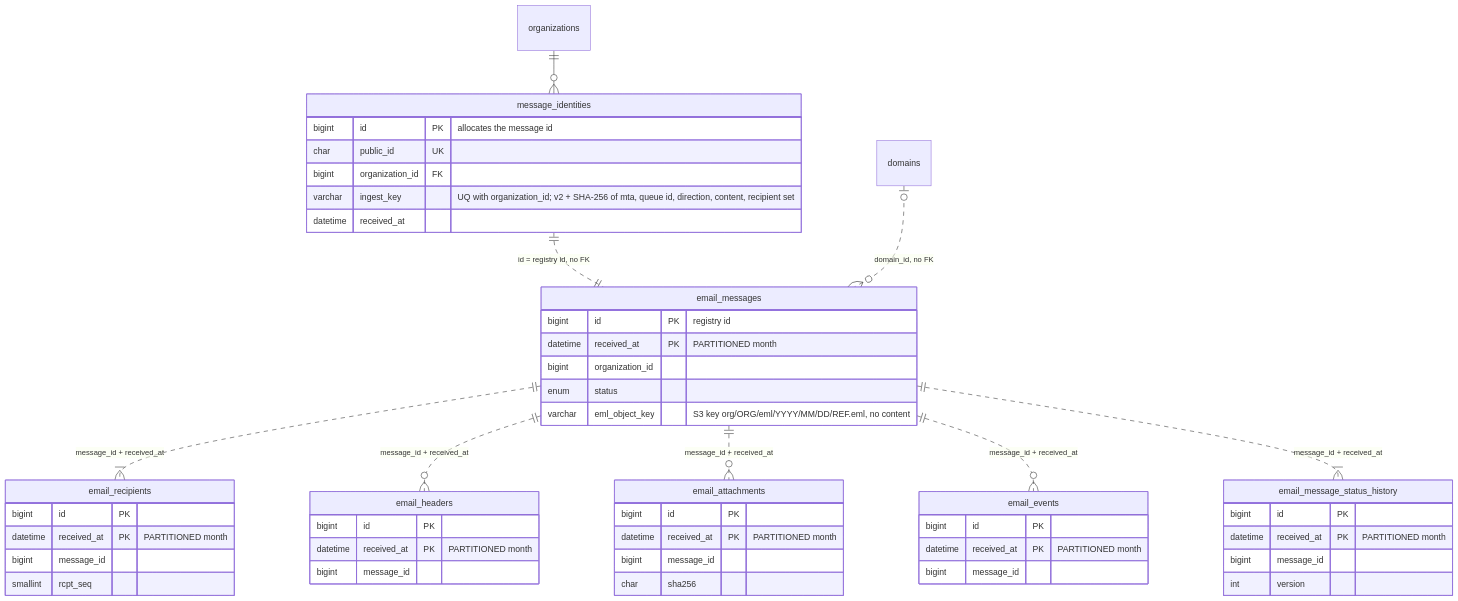
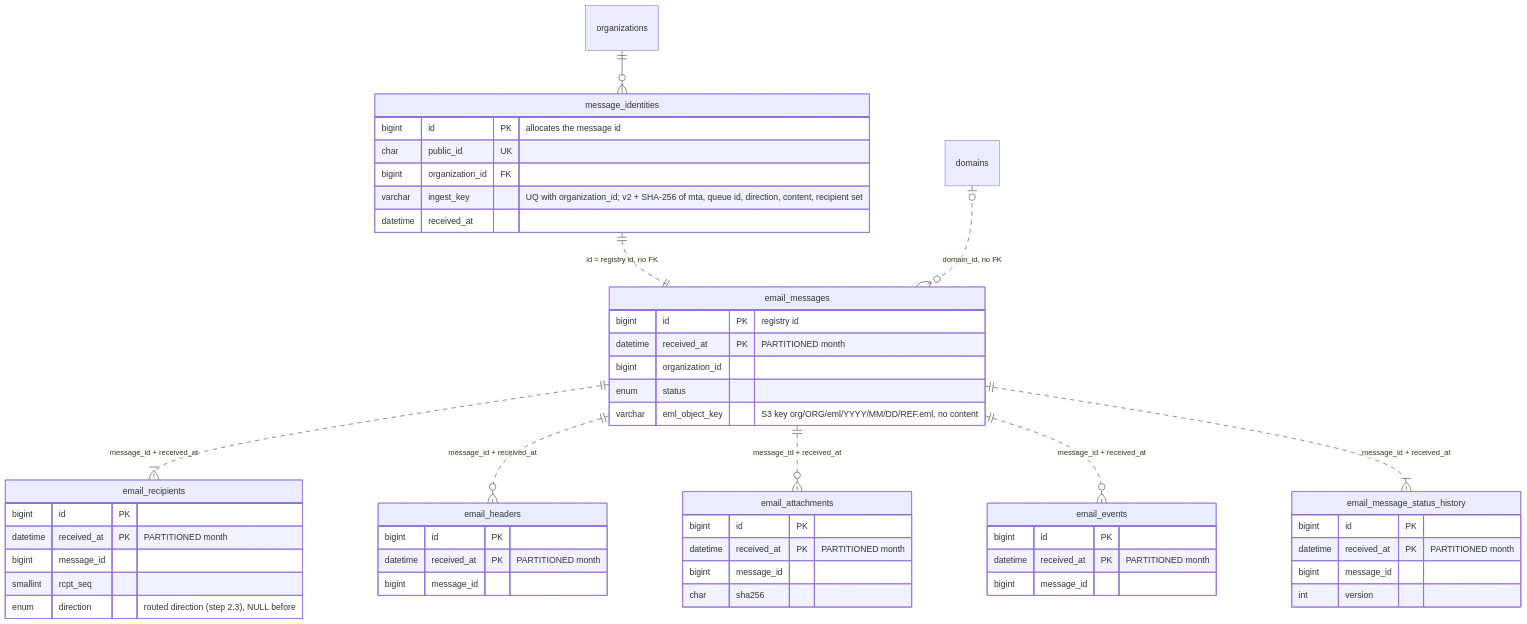
Before and after one commit to mnnitsarvesh-ai/email-gateway: the fifth of 11 diagrams in docs/database/er-diagram.md, drawn with Mermaid. The commit also changed other lines of this file and 240 other files, not shown here.

````diff
--- a/docs/database/er-diagram.md
+++ b/docs/database/er-diagram.md
@@ -304,53 +319,54 @@
 ```mermaid
 erDiagram
   organizations ||--o{ message_identities : ""
   message_identities ||..|| email_messages : "id = registry id, no FK"
   domains |o..o{ email_messages : "domain_id, no FK"
   email_messages ||..|{ email_recipients : "message_id + received_at"
   email_messages ||..o{ email_headers : "message_id + received_at"
   email_messages ||..o{ email_attachments : "message_id + received_at"
   email_messages ||..o{ email_events : "message_id + received_at"
   email_messages ||..|{ email_message_status_history : "message_id + received_at"
   message_identities {
     bigint id PK "allocates the message id"
     char public_id UK
     bigint organization_id FK
     varchar ingest_key "UQ with organization_id; v2 + SHA-256 of mta, queue id, direction, content, recipient set"
     datetime received_at
   }
   email_messages {
     bigint id PK "registry id"
     datetime received_at PK "PARTITIONED month"
     bigint organization_id
     enum status
     varchar eml_object_key "S3 key org/ORG/eml/YYYY/MM/DD/REF.eml, no content"
   }
   email_recipients {
     bigint id PK
     datetime received_at PK "PARTITIONED month"
     bigint message_id
     smallint rcpt_seq
+    enum direction "routed direction (step 2.3), NULL before"
   }
   email_headers {
     bigint id PK
     datetime received_at PK "PARTITIONED month"
     bigint message_id
   }
   email_attachments {
     bigint id PK
     datetime received_at PK "PARTITIONED month"
     bigint message_id
     char sha256
   }
   email_events {
     bigint id PK
     datetime received_at PK "PARTITIONED month"
     bigint message_id
   }
   email_message_status_history {
     bigint id PK
     datetime received_at PK "PARTITIONED month"
     bigint message_id
     int version
   }
 ```
````
